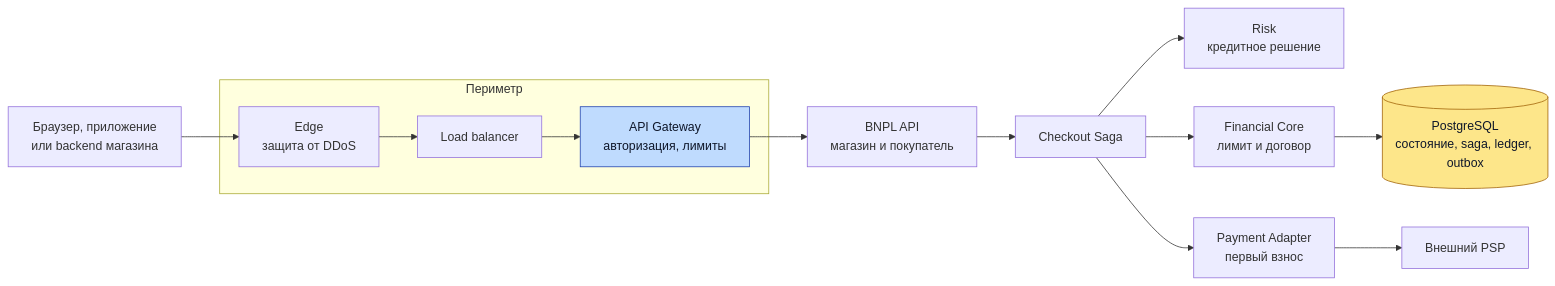
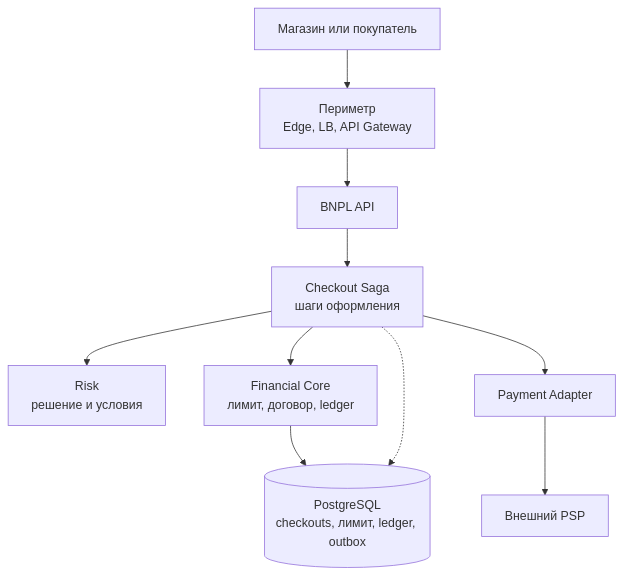
Before and after one commit to fev0ks/LearnGoLang: the first of 6 diagrams in docs/senior-golang-study/05-system-design/interview-cases/32-bnpl-service.md, drawn with Mermaid. The commit also changed other lines of this file and 2 other files, not shown here.

Commit message:
Refine BNPL system design

````diff
--- a/docs/senior-golang-study/05-system-design/interview-cases/32-bnpl-service.md
+++ b/docs/senior-golang-study/05-system-design/interview-cases/32-bnpl-service.md
@@ -204,21 +182,12 @@
 ```mermaid
-flowchart LR
-    C["Браузер, приложение<br/>или backend магазина"]
-
-    subgraph Entry["Периметр"]
-        E["Edge<br/>защита от DDoS"]
-        LB["Load balancer"]
-        GW["API Gateway<br/>авторизация, лимиты"]
-    end
-
-    C --> E --> LB --> GW --> API["BNPL API<br/>магазин и покупатель"]
-    API --> S["Checkout Saga"]
-    S --> R["Risk<br/>кредитное решение"]
-    S --> F["Financial Core<br/>лимит и договор"]
-    F --> DB[("PostgreSQL<br/>состояние, saga, ledger, outbox")]
-    S --> P["Payment Adapter<br/>первый взнос"]
+flowchart TB
+    C["Магазин или покупатель"] --> GW["Периметр<br/>Edge, LB, API Gateway"]
+    GW --> API["BNPL API"]
+    API --> S["Checkout Saga<br/>шаги оформления"]
+    S --> R["Risk<br/>решение и условия"]
+    S --> F["Financial Core<br/>лимит, договор, ledger"]
+    S --> P["Payment Adapter"]
     P --> PSP["Внешний PSP"]
-
-    style GW fill:#bfdbfe,stroke:#1e40af,color:#0f172a
-    style DB fill:#fde68a,stroke:#a16207,color:#0f172a
+    F --> DB[("PostgreSQL<br/>checkouts, лимит, ledger, outbox")]
+    S -.-> DB
 ```
````
